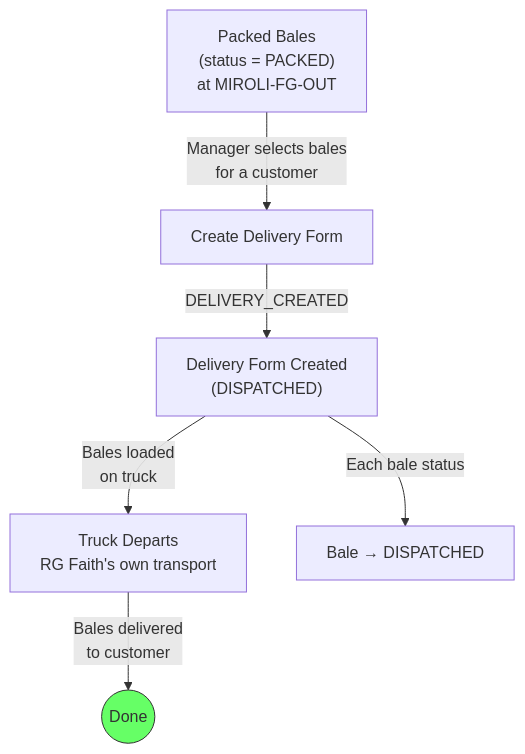
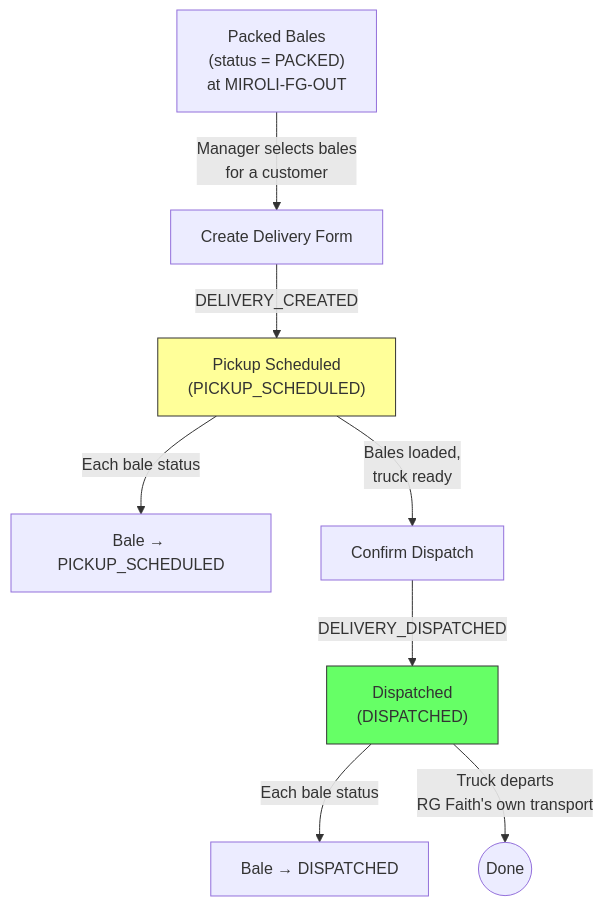
The diagram in 40-solution-design/rg-faith-miroli/06-dispatch.md (jetbrodocs/docs-rg-faith), drawn with Mermaid before and after one commit. The commit also changed other lines of this file and 35 other files, not shown here.

````diff
--- a/40-solution-design/rg-faith-miroli/06-dispatch.md
+++ b/40-solution-design/rg-faith-miroli/06-dispatch.md
@@ -209,11 +253,13 @@
 ```mermaid
 flowchart TD
     A["Packed Bales\n(status = PACKED)\nat MIROLI-FG-OUT"] -->|"Manager selects bales\nfor a customer"| B["Create Delivery Form"]
-    B -->|"DELIVERY_CREATED"| C["Delivery Form Created\n(DISPATCHED)"]
-    C -->|"Bales loaded\non truck"| D["Truck Departs\nRG Faith's own transport"]
-    D -->|"Bales delivered\nto customer"| E(("Done"))
-
-    C -->|"Each bale status"| F["Bale → DISPATCHED"]
+    B -->|"DELIVERY_CREATED"| C["Pickup Scheduled\n(PICKUP_SCHEDULED)"]
+    C -->|"Each bale status"| F["Bale → PICKUP_SCHEDULED"]
+    C -->|"Bales loaded,\ntruck ready"| D["Confirm Dispatch"]
+    D -->|"DELIVERY_DISPATCHED"| E["Dispatched\n(DISPATCHED)"]
+    E -->|"Each bale status"| G["Bale → DISPATCHED"]
+    E -->|"Truck departs\nRG Faith's own transport"| H(("Done"))
 
     style E fill:#6f6,stroke:#333
+    style C fill:#ff9,stroke:#333
 ```
````
